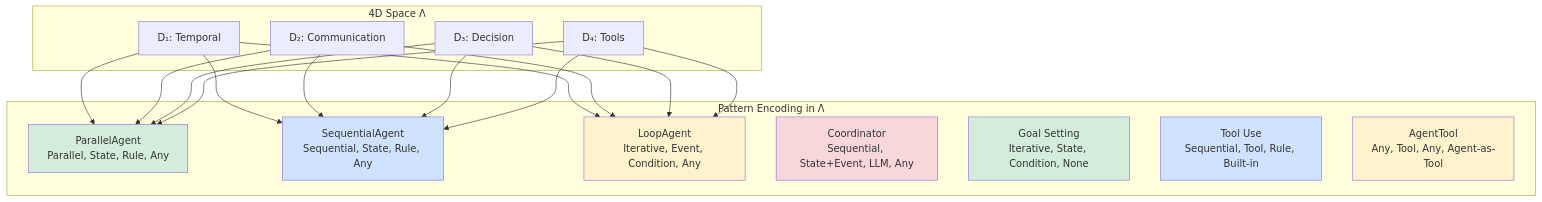
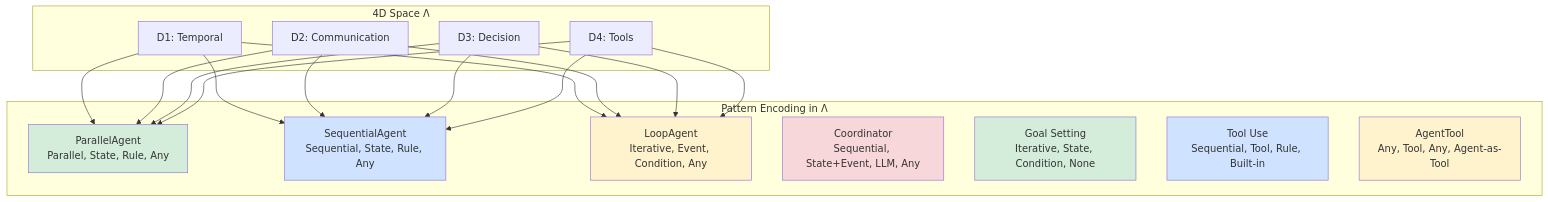
One commit to xkrajnan/Agentic_Design_Patterns changed diagram 14 of 37 in docs/10_UNIFIED_THEORY.md. Above: the diagram before and after it, drawn with Mermaid. The commit also changed other lines of this file, not shown here.

First line of the commit message:
Fix Mermaid diagram rendering by replacing Unicode subscripts

````diff
--- a/docs/10_UNIFIED_THEORY.md
+++ b/docs/10_UNIFIED_THEORY.md
@@ -803,42 +803,42 @@
 ```mermaid
 graph TB
     subgraph "Pattern Encoding in Λ"
         PA[ParallelAgent<br/>Parallel, State, Rule, Any]
         SA[SequentialAgent<br/>Sequential, State, Rule, Any]
         LA[LoopAgent<br/>Iterative, Event, Condition, Any]
         CO[Coordinator<br/>Sequential, State+Event, LLM, Any]
         GS[Goal Setting<br/>Iterative, State, Condition, None]
         TS[Tool Use<br/>Sequential, Tool, Rule, Built-in]
         AT[AgentTool<br/>Any, Tool, Any, Agent-as-Tool]
     end
 
     subgraph "4D Space Λ"
-        D1[D₁: Temporal]
-        D2[D₂: Communication]
-        D3[D₃: Decision]
-        D4[D₄: Tools]
+        D1[D1: Temporal]
+        D2[D2: Communication]
+        D3[D3: Decision]
+        D4[D4: Tools]
     end
 
     D1 --> PA
     D2 --> PA
     D3 --> PA
     D4 --> PA
 
     D1 --> SA
     D2 --> SA
     D3 --> SA
     D4 --> SA
 
     D1 --> LA
     D2 --> LA
     D3 --> LA
     D4 --> LA
 
     style PA fill:#d4edda
     style SA fill:#cfe2ff
     style LA fill:#fff3cd
     style CO fill:#f8d7da
     style GS fill:#d4edda
     style TS fill:#cfe2ff
     style AT fill:#fff3cd
 ```
````
